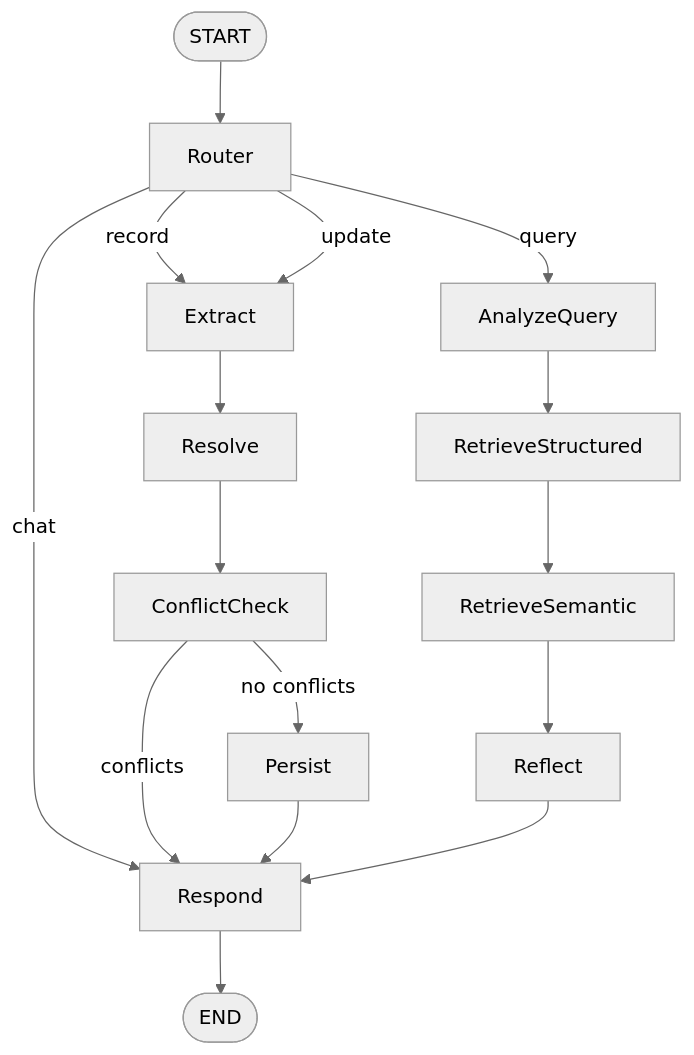
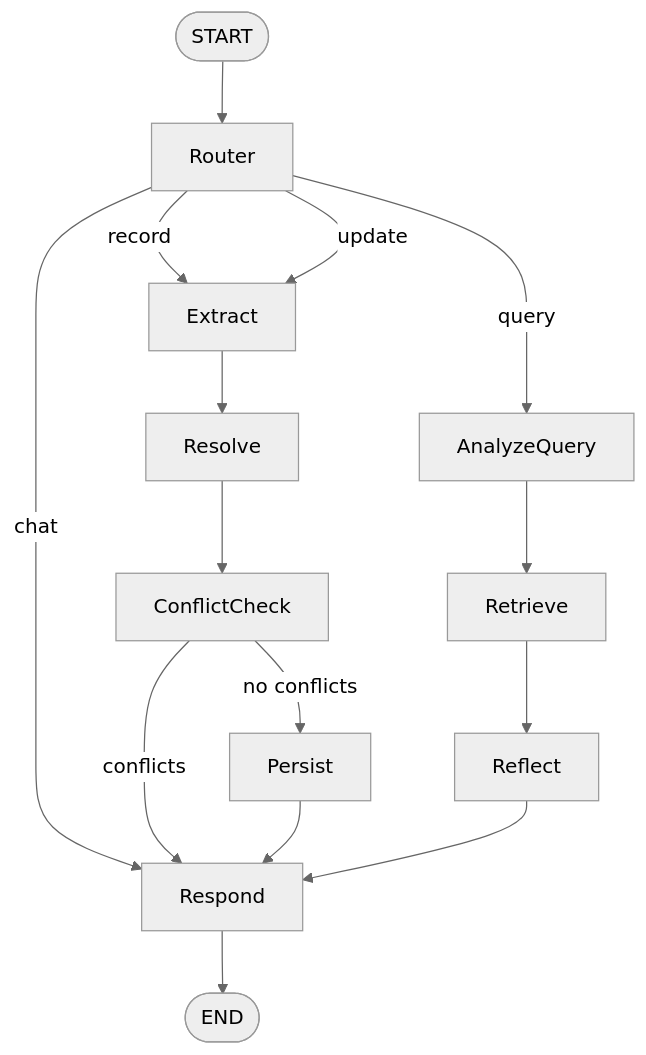
The third of 4 diagrams in docs/design.md (rpurser47/game_notebook), drawn with Mermaid (neutral theme) before and after one commit. The commit also changed other lines of this file and 14 other files, not shown here.

````diff
--- a/docs/design.md
+++ b/docs/design.md
@@ -287,23 +291,22 @@
 ```mermaid
 flowchart TD
     START([START]) --> Router
 
     Router -->|record| Extract
     Router -->|query| AnalyzeQuery
     Router -->|update| Extract
     Router -->|chat| Respond
 
     Extract --> Resolve
     Resolve --> ConflictCheck
     ConflictCheck -->|no conflicts| Persist
     ConflictCheck -->|conflicts| Respond
 
-    AnalyzeQuery --> RetrieveStructured
-    RetrieveStructured --> RetrieveSemantic
-    RetrieveSemantic --> Reflect
+    AnalyzeQuery --> Retrieve
+    Retrieve --> Reflect
 
     Persist --> Respond
     Reflect --> Respond
 
     Respond --> END([END])
 ```
````
